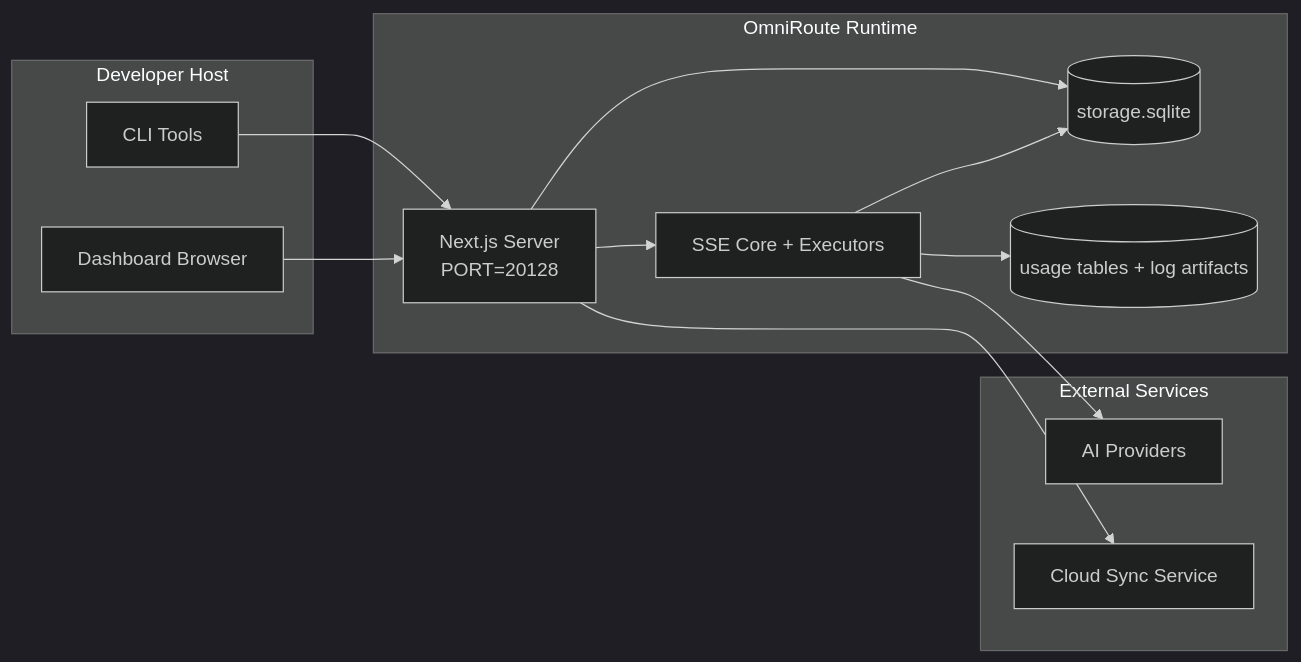
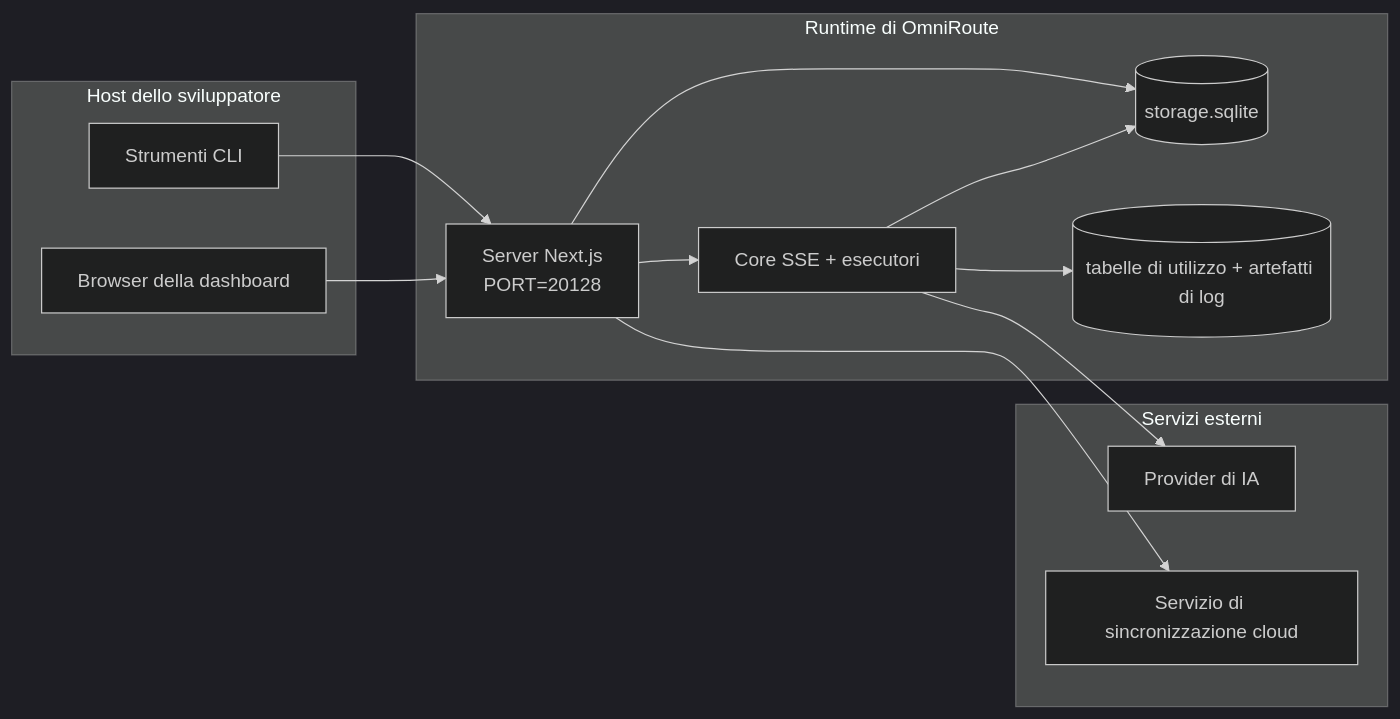
The seventh of 7 diagrams in docs/i18n/it/docs/architecture/ARCHITECTURE.md (Abhijeet1520/OmniRoute), drawn with Mermaid (dark theme) before and after one commit. The commit also changed other lines of this file and 1154 other files, not shown here.

````diff
--- a/docs/i18n/it/docs/architecture/ARCHITECTURE.md
+++ b/docs/i18n/it/docs/architecture/ARCHITECTURE.md
@@ -583,28 +811,28 @@
 ```mermaid
 flowchart LR
-    subgraph LocalHost[Developer Host]
-        CLI[CLI Tools]
-        Browser[Dashboard Browser]
+    subgraph LocalHost[Host dello sviluppatore]
+        CLI[Strumenti CLI]
+        Browser[Browser della dashboard]
     end
 
-    subgraph ContainerOrProcess[OmniRoute Runtime]
-        Next[Next.js Server\nPORT=20128]
-        Core[SSE Core + Executors]
+    subgraph ContainerOrProcess[Runtime di OmniRoute]
+        Next[Server Next.js\nPORT=20128]
+        Core[Core SSE + esecutori]
         MainDB[(storage.sqlite)]
-        UsageDB[(usage tables + log artifacts)]
+        UsageDB[(tabelle di utilizzo + artefatti di log)]
     end
 
-    subgraph External[External Services]
-        Providers[AI Providers]
-        SyncCloud[Cloud Sync Service]
+    subgraph External[Servizi esterni]
+        Providers[Provider di IA]
+        SyncCloud[Servizio di sincronizzazione cloud]
     end
 
     CLI --> Next
     Browser --> Next
     Next --> Core
     Next --> MainDB
     Core --> MainDB
     Core --> UsageDB
     Core --> Providers
     Next --> SyncCloud
 ```
````
